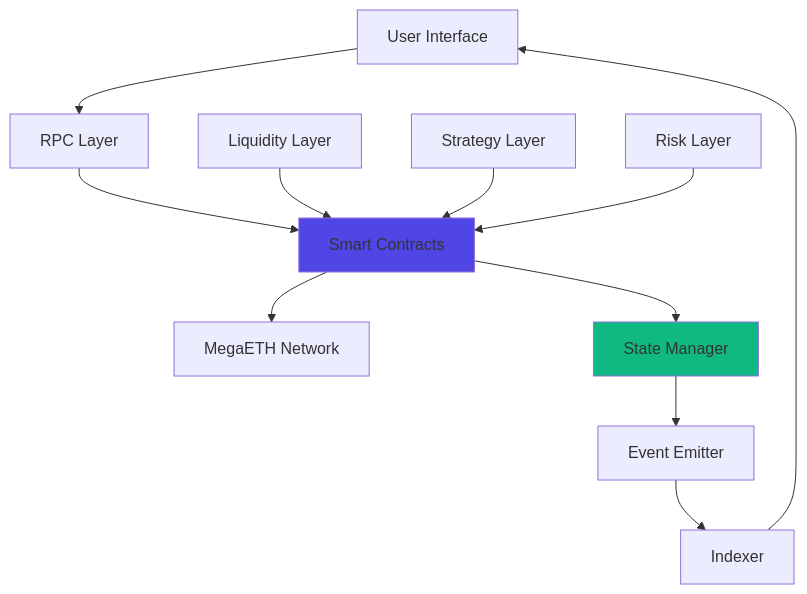
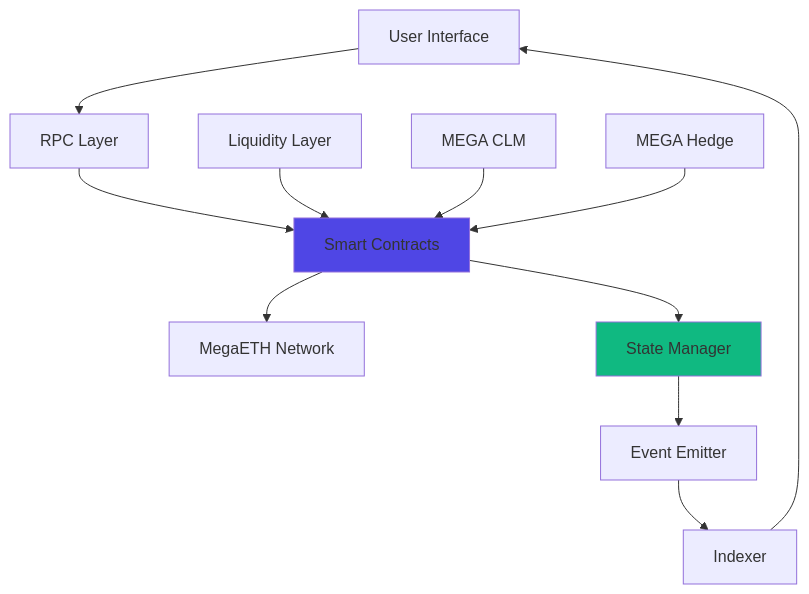
The diagram in docs/technical/architecture.md (Mega-Fi/megafi-docs), drawn with Mermaid before and after one commit. The commit also changed other lines of this file and 44 other files, not shown here.

Commit message:
Reorg: remove MegaETH docs; create MEGA DEX/MEGA CLM/MEGA Hedge; update links and terminology; trim guides and README/SUMMARY/PROGRESS

````diff
--- a/docs/technical/architecture.md
+++ b/docs/technical/architecture.md
@@ -16,18 +16,18 @@
 ```mermaid
 graph TD
     A[User Interface] --> B[RPC Layer]
     B --> C[Smart Contracts]
     C --> D[MegaETH Network]
     
     E[Liquidity Layer] --> C
-    F[Strategy Layer] --> C
-    G[Risk Layer] --> C
+    F[MEGA CLM] --> C
+    G[MEGA Hedge] --> C
     
     C --> H[State Manager]
     H --> I[Event Emitter]
     I --> J[Indexer]
     J --> A
     
     style C fill:#4F46E5
     style H fill:#10B981
 ```
````
